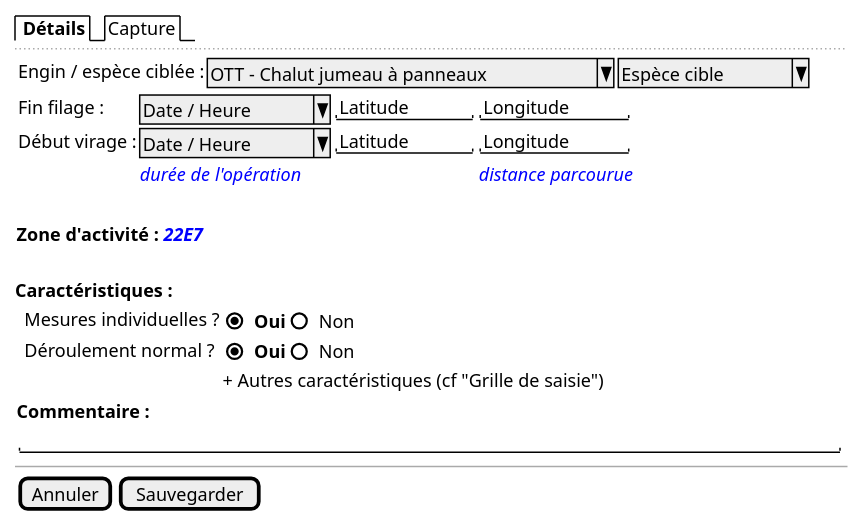
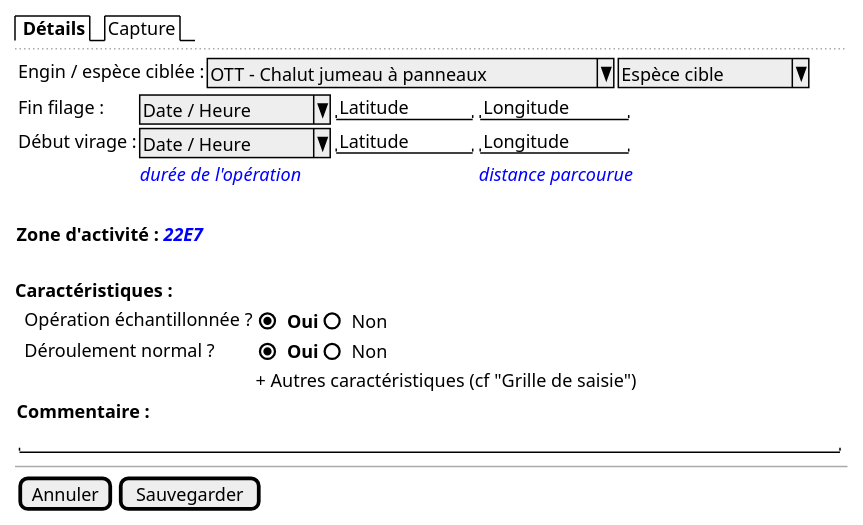
Before and after one commit to sumaris-net/sumaris-doc: the diagram in projects/obsmer/spe/images/operation-trawl.puml, drawn with PlantUML. The commit also changed 11 other files, not shown here.

```diff
--- a/projects/obsmer/spe/images/operation-trawl.puml
+++ b/projects/obsmer/spe/images/operation-trawl.puml
@@ -1,42 +1,42 @@
 @startsalt
 {
 
   {/ <b> Détails | Capture }
   ..
 
     {
       { Engin / espèce ciblée : | ^ OTT - Chalut jumeau à panneaux ^ | ^ Espèce cible ^ }
 
       {
         Fin filage : | ^ Date / Heure ^ | "Latitude   " | "Longitude   "
         Début virage :   | ^ Date / Heure ^ | "Latitude   " | "Longitude   "
         . | <i><color:blue>durée de l'opération | . | <i><color:blue>distance parcourue
       }
     }
     .
     {
     <b>Zone d'activité : <i><color:blue>22E7
     }
     .
 
     <b>Caractéristiques :
 
     {
-      . | Mesures individuelles ? { (X) <b>Oui | () Non }
+      . | Opération échantillonnée ? { (X) <b>Oui | () Non }
       . | Déroulement normal ? { (X) <b>Oui | () Non }
       . | . | + Autres caractéristiques (cf "Grille de saisie")
     }
 
     {
         <b>Commentaire :
 
         { "                                                                    "}
     }
 
   --
 
   {
     [Annuler] | [Sauvegarder]
   }
 }
 @endsalt
```
